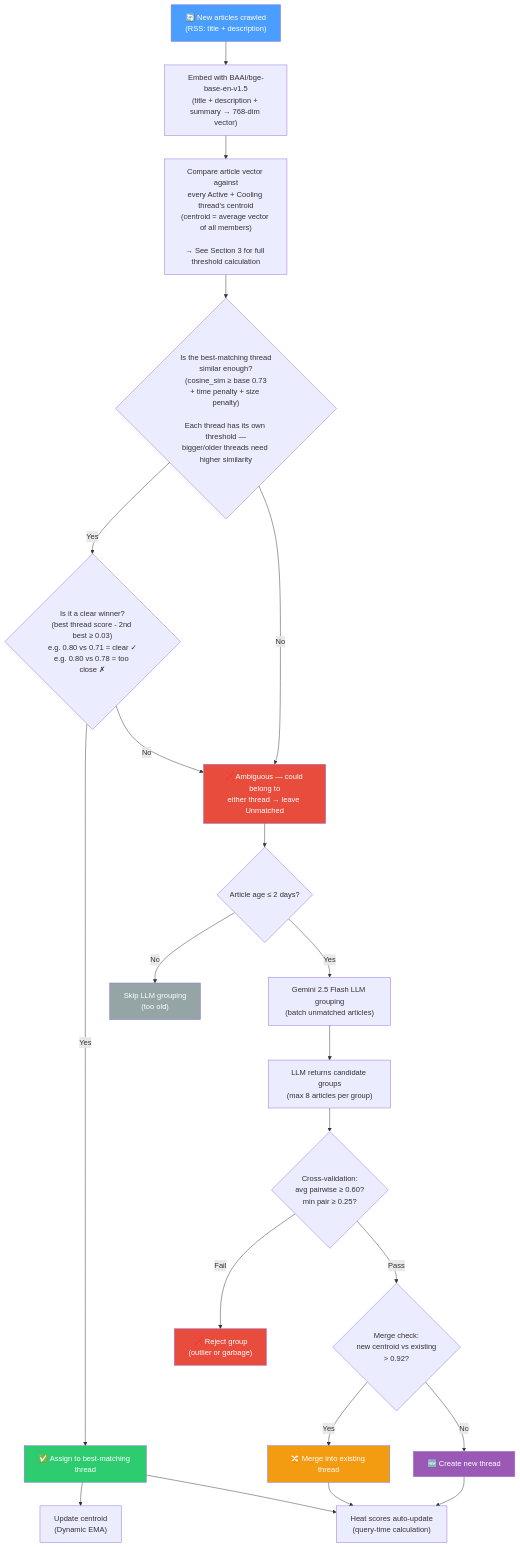
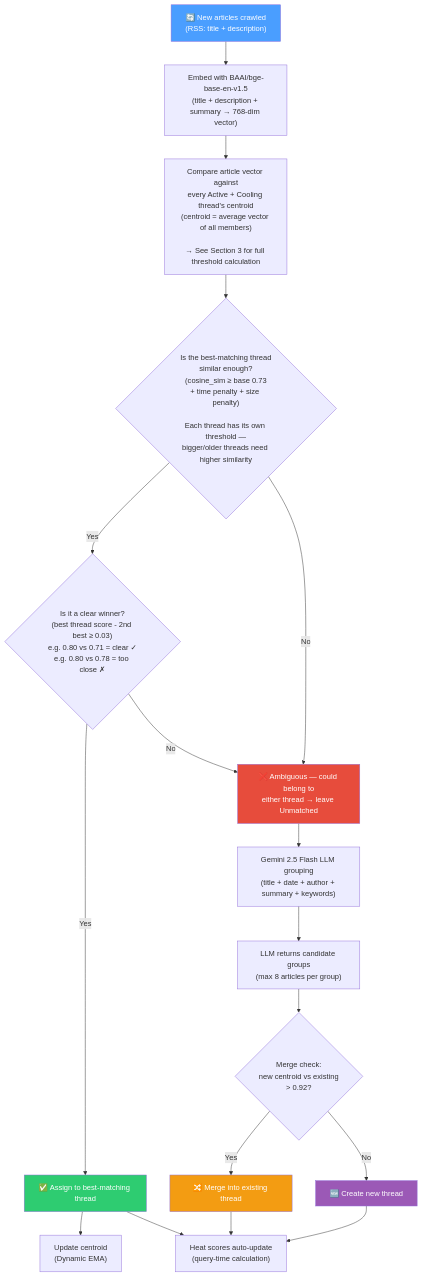
Before and after one commit to choym92/araverus: the first of 9 diagrams in docs/1.2-news-threading-visual.md, drawn with Mermaid. The commit also changed other lines of this file and 35 other files, not shown here.

````diff
--- a/docs/1.2-news-threading-visual.md
+++ b/docs/1.2-news-threading-visual.md
@@ -10,37 +10,31 @@
 ```mermaid
 flowchart TD
     A["🔄 New articles crawled<br/>(RSS: title + description)"] --> C["Embed with BAAI/bge-base-en-v1.5<br/>(title + description + summary → 768-dim vector)"]
     C --> E["Compare article vector against<br/>every Active + Cooling thread's centroid<br/>(centroid = average vector of all members)<br/><br/>→ See Section 3 for full threshold calculation"]
 
     E --> F{"Is the best-matching thread<br/>similar enough?<br/>(cosine_sim ≥ base 0.73<br/>+ time penalty + size penalty)<br/><br/>Each thread has its own threshold —<br/>bigger/older threads need higher similarity"}
     F -->|Yes| G{"Is it a clear winner?<br/>(best thread score - 2nd best ≥ 0.03)<br/>e.g. 0.80 vs 0.71 = clear ✓<br/>e.g. 0.80 vs 0.78 = too close ✗"}
     G -->|Yes| H["✅ Assign to best-matching thread"]
     G -->|No| I["❌ Ambiguous — could belong to<br/>either thread → leave Unmatched"]
     F -->|No| I
 
     H --> J["Update centroid<br/>(Dynamic EMA)"]
 
-    I --> K{"Article age ≤ 2 days?"}
-    K -->|No| K_skip["Skip LLM grouping<br/>(too old)"]
-    K -->|Yes| L["Gemini 2.5 Flash LLM grouping<br/>(batch unmatched articles)"]
+    I --> L["Gemini 2.5 Flash LLM grouping<br/>(title + date + author + summary + keywords)"]
 
     L --> M["LLM returns candidate groups<br/>(max 8 articles per group)"]
-    M --> N{"Cross-validation:<br/>avg pairwise ≥ 0.60?<br/>min pair ≥ 0.25?"}
-    N -->|Fail| O["❌ Reject group<br/>(outlier or garbage)"]
-    N -->|Pass| P{"Merge check:<br/>new centroid vs existing<br/>> 0.92?"}
+    M --> P{"Merge check:<br/>new centroid vs existing<br/>> 0.92?"}
 
     P -->|Yes| Q["🔀 Merge into existing thread"]
     P -->|No| R["🆕 Create new thread"]
 
     R --> S["Heat scores auto-update<br/>(query-time calculation)"]
     Q --> S
     H --> S
 
     style A fill:#4a9eff,color:#fff
     style H fill:#2ecc71,color:#fff
     style Q fill:#f39c12,color:#fff
     style R fill:#9b59b6,color:#fff
-    style O fill:#e74c3c,color:#fff
     style I fill:#e74c3c,color:#fff
-    style K_skip fill:#95a5a6,color:#fff
 ```
````
